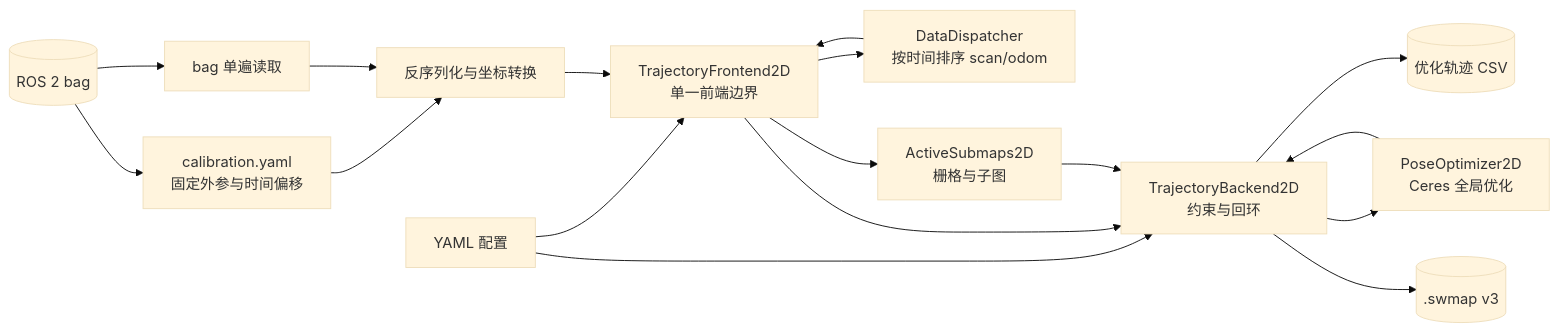
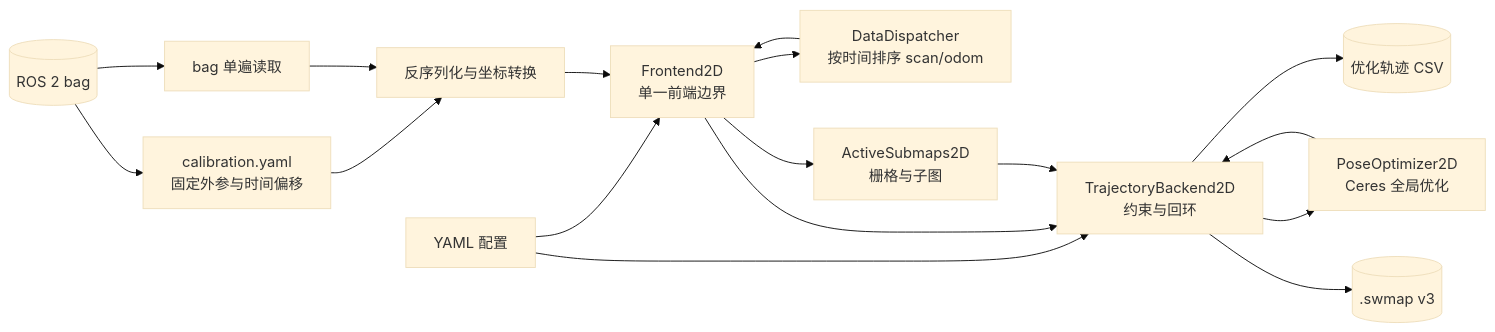
One commit to liujiacheng1009/cartographer changed the diagram in doc/BAG_PIPELINE_ARCHITECTURE.md. Above: the diagram before and after it, drawn with Mermaid (base theme). The commit also changed other lines of this file, not shown here.

````diff
--- a/doc/BAG_PIPELINE_ARCHITECTURE.md
+++ b/doc/BAG_PIPELINE_ARCHITECTURE.md
@@ -21,32 +21,32 @@
 ```mermaid
 flowchart LR
     BAG[(ROS 2 bag)]
     CFG[YAML 配置]
     TF[calibration.yaml<br/>固定外参与时间偏移]
     READ[bag 单遍读取]
     CONVERT[反序列化与坐标转换]
     DISPATCH[DataDispatcher<br/>按时间排序 scan/odom]
-    FRONTEND[TrajectoryFrontend2D<br/>单一前端边界]
+    FRONTEND[Frontend2D<br/>单一前端边界]
     SUBMAP[ActiveSubmaps2D<br/>栅格与子图]
     GRAPH[TrajectoryBackend2D<br/>约束与回环]
     OPT[PoseOptimizer2D<br/>Ceres 全局优化]
     CSV[(优化轨迹 CSV)]
     SWMAP[(.swmap v3)]
 
     CFG --> FRONTEND
     CFG --> GRAPH
     BAG --> TF
     BAG --> READ
     TF --> CONVERT
     READ --> CONVERT
     CONVERT --> FRONTEND
     FRONTEND --> DISPATCH
     DISPATCH --> FRONTEND
     FRONTEND --> SUBMAP
     FRONTEND --> GRAPH
     SUBMAP --> GRAPH
     GRAPH --> OPT
     OPT --> GRAPH
     GRAPH --> CSV
     GRAPH --> SWMAP
 ```
````
